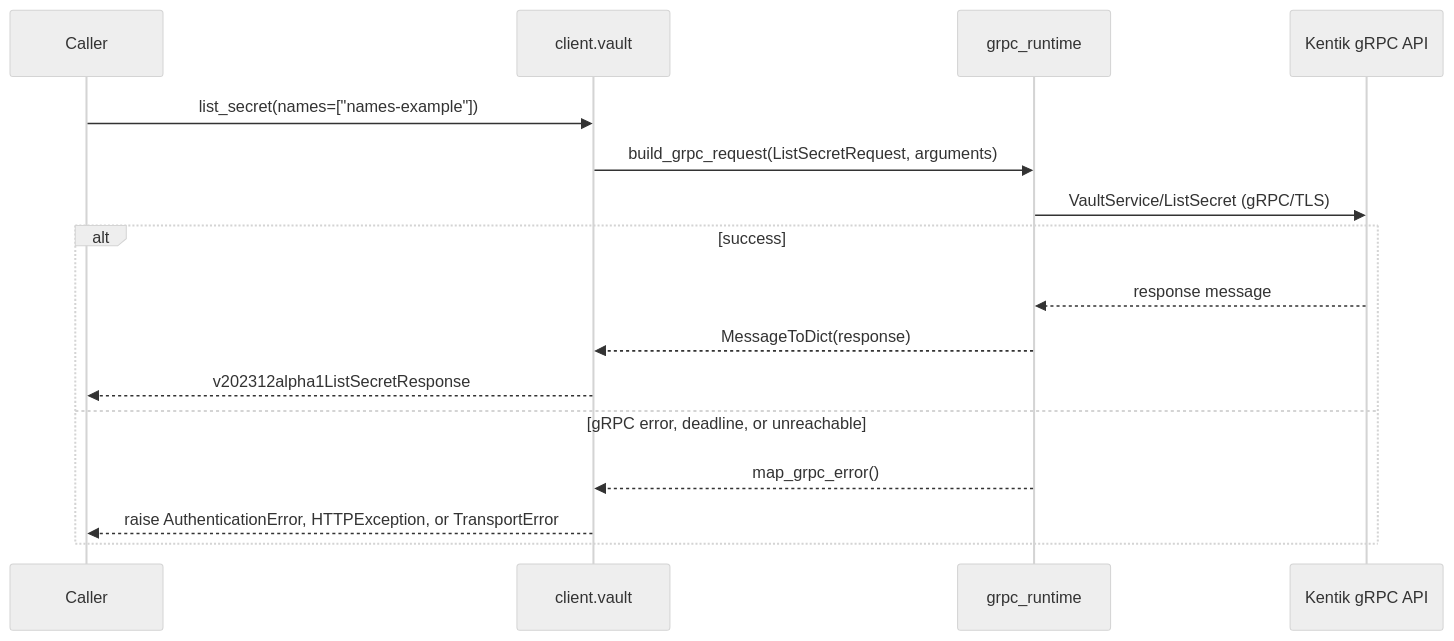
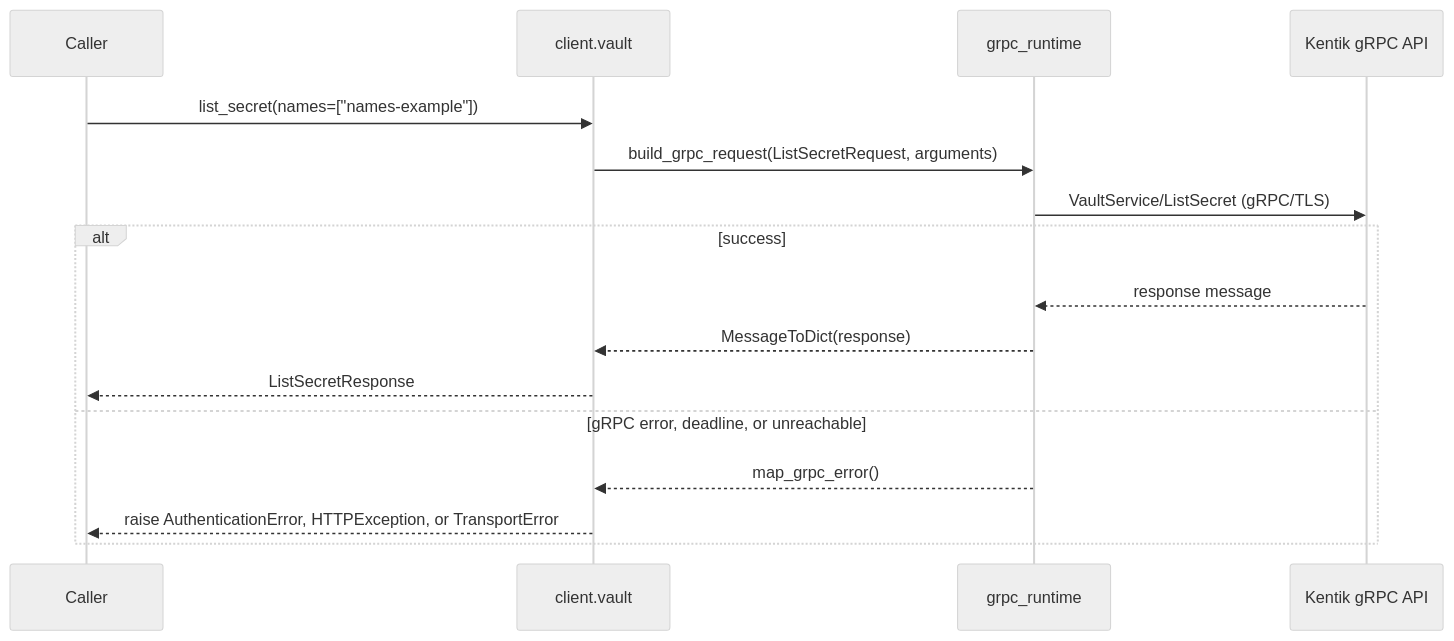
Before and after one commit to alexdearaujo/community_sdk_python: the third of 6 diagrams in docs/sphinx/services/vault.md, drawn with Mermaid (neutral theme). The commit also changed other lines of this file and 38 other files, not shown here.

````diff
--- a/docs/sphinx/services/vault.md
+++ b/docs/sphinx/services/vault.md
@@ -59,19 +59,19 @@
 ```mermaid
 sequenceDiagram
     participant C as Caller
     participant W as client.vault
     participant R as grpc_runtime
     participant API as Kentik gRPC API
 
     C->>W: list_secret(names=["names-example"])
     W->>R: build_grpc_request(ListSecretRequest, arguments)
     R->>API: VaultService/ListSecret (gRPC/TLS)
     alt success
         API-->>R: response message
         R-->>W: MessageToDict(response)
-        W-->>C: v202312alpha1ListSecretResponse
+        W-->>C: ListSecretResponse
     else gRPC error, deadline, or unreachable
         R-->>W: map_grpc_error()
         W-->>C: raise AuthenticationError, HTTPException, or TransportError
     end
 ```
````
